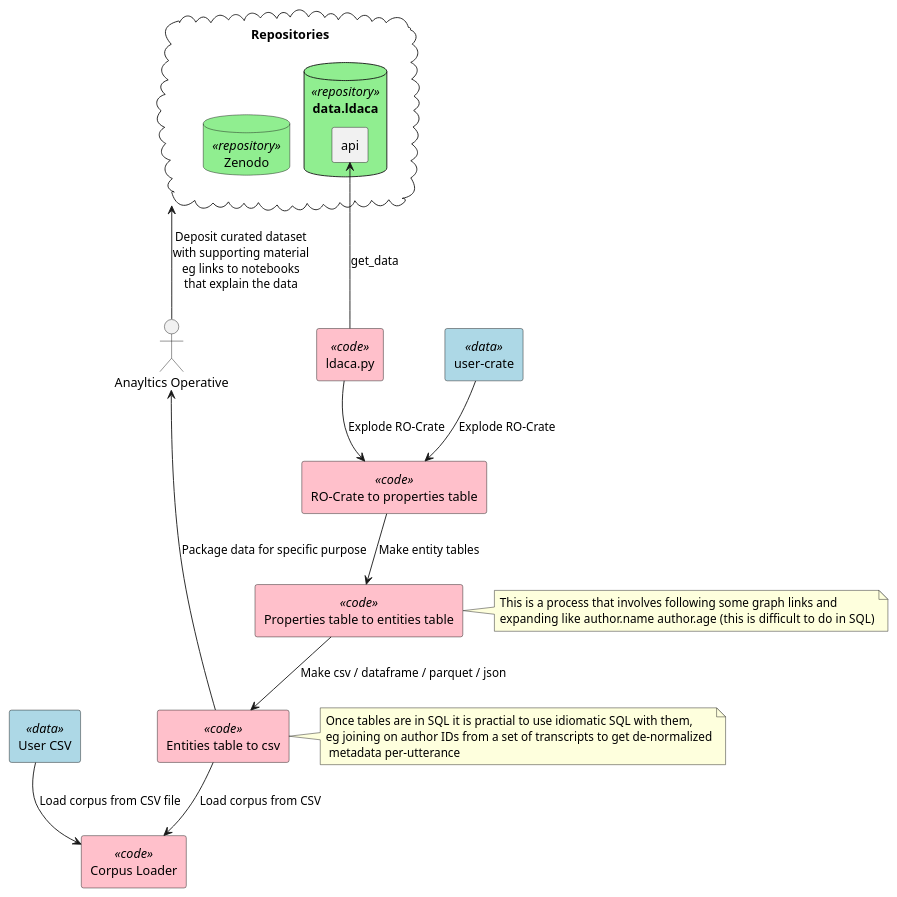
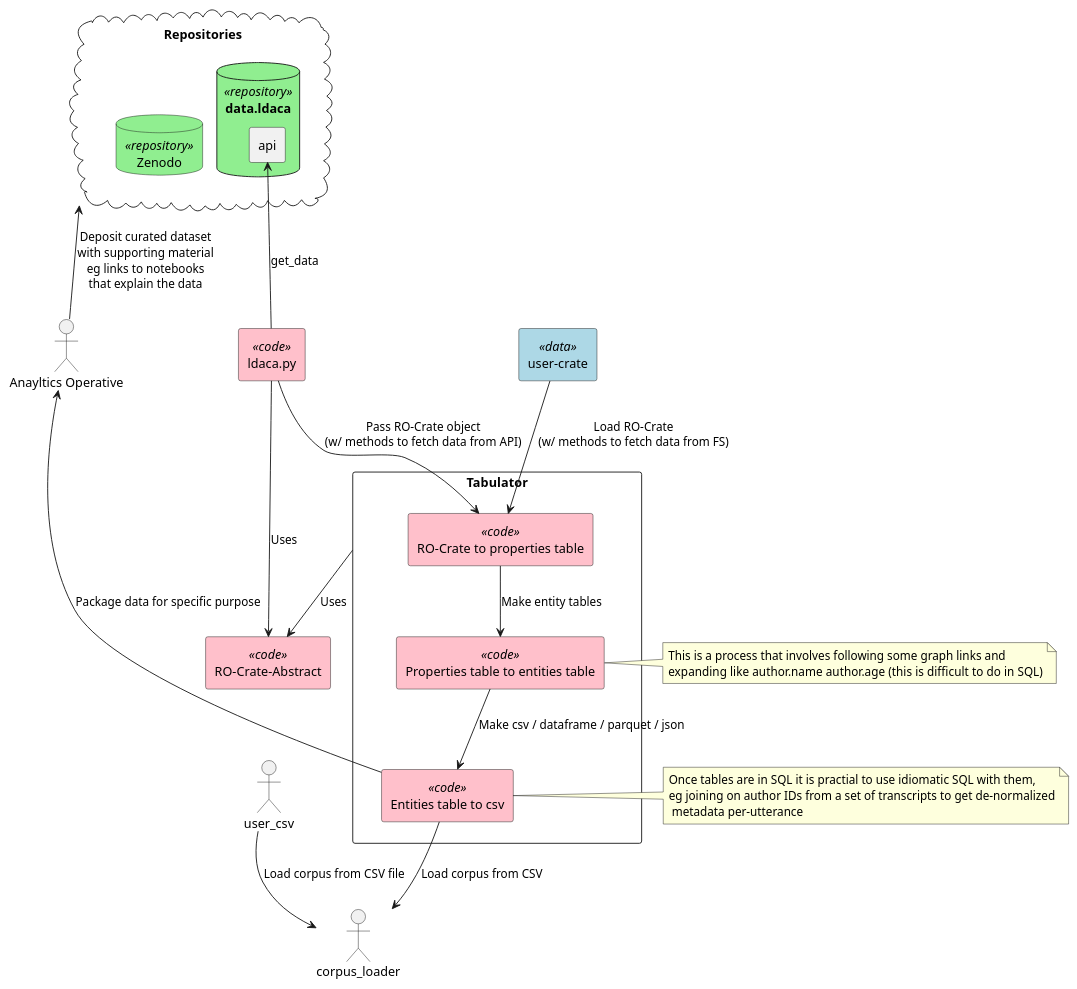
The diagram in analytics/ro-crate-to-csv.puml (Language-Research-Technology/plantuml-diagrams), drawn with PlantUML before and after one commit. The commit also changed 5 other files, not shown here.

```diff
--- a/analytics/ro-crate-to-csv.puml
+++ b/analytics/ro-crate-to-csv.puml
@@ -1,63 +1,69 @@
 @startuml
 
 skinparam {
     rectangle {
         BackgroundColor<<code>> Pink
         BackgroundColor<<data>> LIghtBlue
     }   
     database    {
         BackgroundColor<<repository>> LightGreen
     }
     
 }
 
 cloud "Repositories" as repos {
 database "data.ldaca" as data_ldaca <<repository>> {
     rectangle api
 }
 
 
 database "Zenodo" as zenodo <<repository>> {
     
 }
 }
 
 rectangle "ldaca.py" as ldaca_py <<code>>
 
 rectangle "user-crate" as user_crate <<data>>
 
+rectangle "RO-Crate-Abstract" as ro_crate_dt <<code>>{
+
+}
+
+
+rectangle "Tabulator" as tabulator {
+
 rectangle "RO-Crate to properties table" as crate_to_properties <<code>>
 
 rectangle "Properties table to entities table" as properties_to_entities <<code>>
 
 rectangle "Entities table to csv" as csv <<code>>
 
-rectangle "Corpus Loader" as corpus_loader <<code>>
-
-rectangle "User CSV" as user_csv <<data>>
-
+}
 ldaca_py -up-> api: get_data
-ldaca_py -down-> crate_to_properties: Explode RO-Crate
-user_crate -down-> crate_to_properties: Explode RO-Crate
+ldaca_py -down-> ro_crate_dt: Uses
+tabulator -down-> ro_crate_dt: Uses
+ldaca_py -down-> crate_to_properties: Pass RO-Crate object\n(w/ methods to fetch data from API)
+user_crate -down-> crate_to_properties: Load RO-Crate\n(w/ methods to fetch data from FS)
 crate_to_properties -down-> properties_to_entities: Make entity tables
 properties_to_entities -down-> csv: Make csv / dataframe / parquet / json
 csv -down-> corpus_loader: Load corpus from CSV
 user_csv -down-> corpus_loader: Load corpus from CSV file
 
 note right of properties_to_entities
     This is a process that involves following some graph links and 
     expanding like author.name author.age (this is difficult to do in SQL)
 end note
 
 note right of csv
     Once tables are in SQL it is practial to use idiomatic SQL with them,
     eg joining on author IDs from a set of transcripts to get de-normalized
      metadata per-utterance
 end note
 
 actor "Anayltics Operative" as analytics_operative
 
 analytics_operative <-down- csv : Package data for specific purpose
 analytics_operative -up-> repos  : Deposit curated dataset\nwith supporting material\neg links to notebooks\nthat explain the data
 
 @enduml
```
